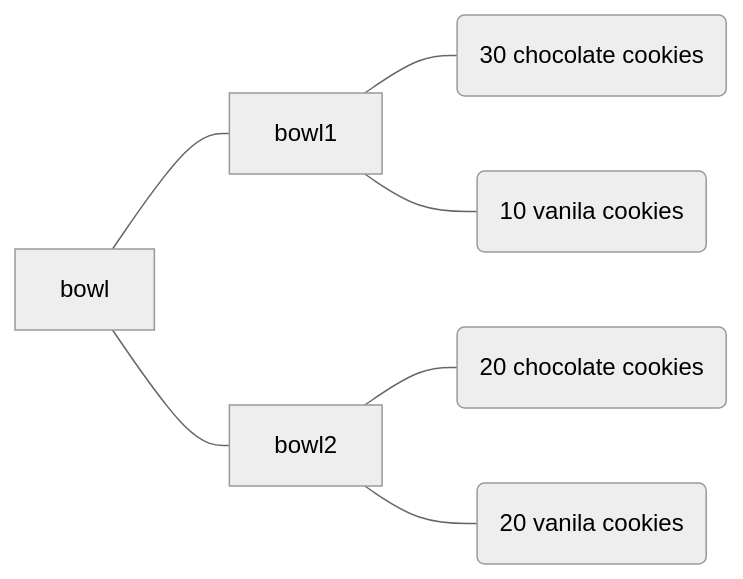
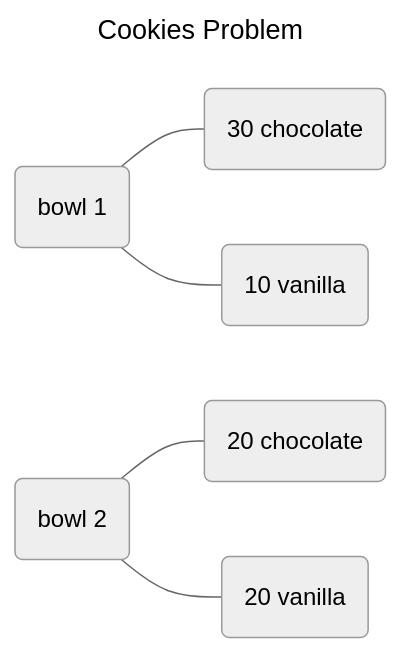
One commit to sithsenz/50senzofsith changed the diagram in notes/bayesenz/basic_bayes.md. Above: the diagram before and after it, drawn with Mermaid (neutral theme). The commit also changed other lines of this file, not shown here.

````diff
--- a/notes/bayesenz/basic_bayes.md
+++ b/notes/bayesenz/basic_bayes.md
@@ -16,9 +17,12 @@
 ```mermaid
+---
+title: Cookies Problem
+---
 flowchart LR
-  bowl---bowl1
-  bowl---bowl2
-  bowl1---choco1(30 chocolate cookies)
-  bowl1---vanila1(10 vanila cookies)
-  bowl2---choco2(20 chocolate cookies)
-  bowl2---vanila2(20 vanila cookies)
+  bowl_1(bowl 1)
+  bowl_2(bowl 2)
+  bowl_1---choco_30(30 chocolate)
+  bowl_1---van_10(10 vanilla)
+  bowl_2---choco_20(20 chocolate)
+  bowl_2---van_20(20 vanilla)
 ```
````
